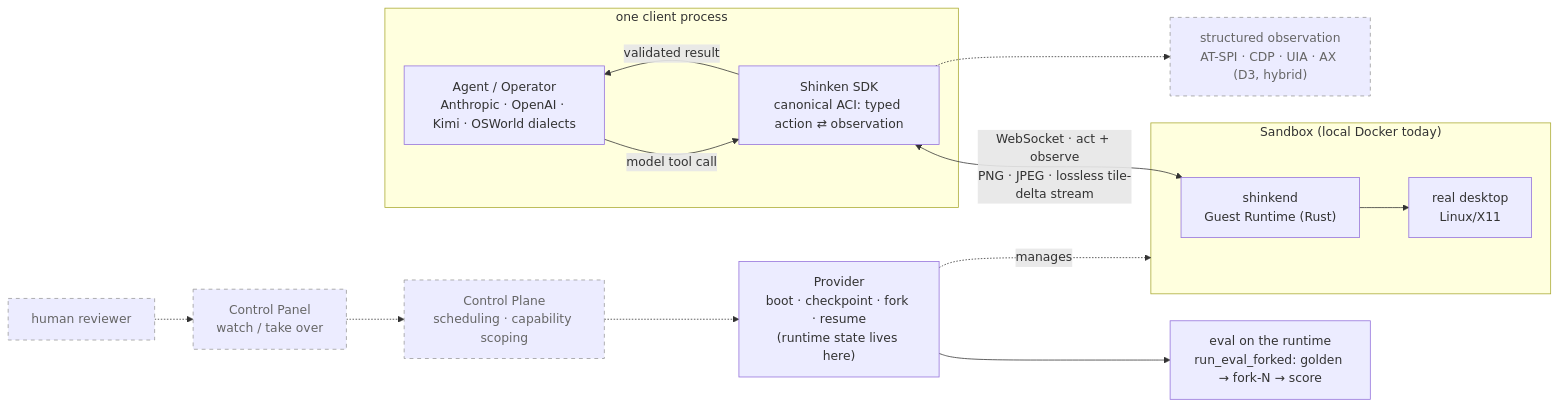
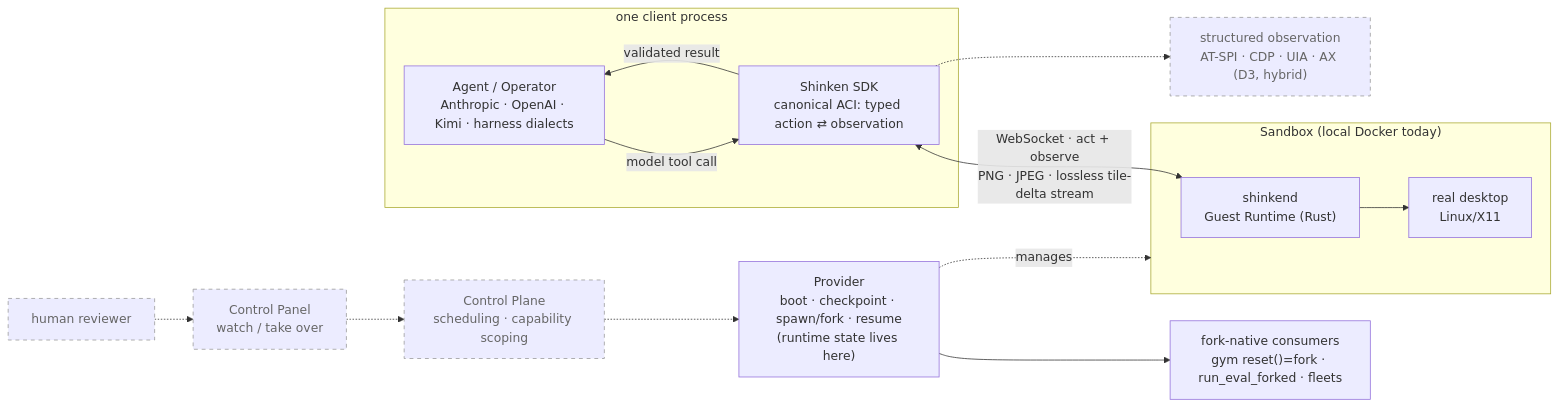
Before and after one commit to Meirtz/Shinken: the diagram in README.md, drawn with Mermaid. The commit also changed other lines of this file and 70 other files, not shown here.

````diff
--- a/README.md
+++ b/README.md
@@ -87,21 +116,21 @@
 ```mermaid
 flowchart LR
   subgraph proc["one client process"]
-    Agent["Agent / Operator<br/>Anthropic · OpenAI · Kimi · OSWorld dialects"]
+    Agent["Agent / Operator<br/>Anthropic · OpenAI · Kimi · harness dialects"]
     SDK["Shinken SDK<br/>canonical ACI: typed action ⇄ observation"]
     Agent -->|model tool call| SDK
     SDK -->|validated result| Agent
   end
   subgraph box["Sandbox (local Docker today)"]
     SK["shinkend<br/>Guest Runtime (Rust)"] --> Desktop["real desktop<br/>Linux/X11"]
   end
   SDK <-->|"WebSocket · act + observe<br/>PNG · JPEG · lossless tile-delta stream"| SK
-  Provider["Provider<br/>boot · checkpoint · fork · resume<br/>(runtime state lives here)"] -.manages.-> box
-  Provider --> Eval["eval on the runtime<br/>run_eval_forked: golden → fork-N → score"]
+  Provider["Provider<br/>boot · checkpoint · spawn/fork · resume<br/>(runtime state lives here)"] -.manages.-> box
+  Provider --> Eval["fork-native consumers<br/>gym reset()=fork · run_eval_forked · fleets"]
 
   SDK -.-> A11Y["structured observation<br/>AT-SPI · CDP · UIA · AX (D3, hybrid)"]:::d
   CP["Control Plane<br/>scheduling · capability scoping"]:::d -.-> Provider
   Human["human reviewer"]:::d -.-> Panel["Control Panel<br/>watch / take over"]:::d
   Panel -.-> CP
   classDef d stroke-dasharray:5 5,stroke:#999,color:#666;
 ```
````
